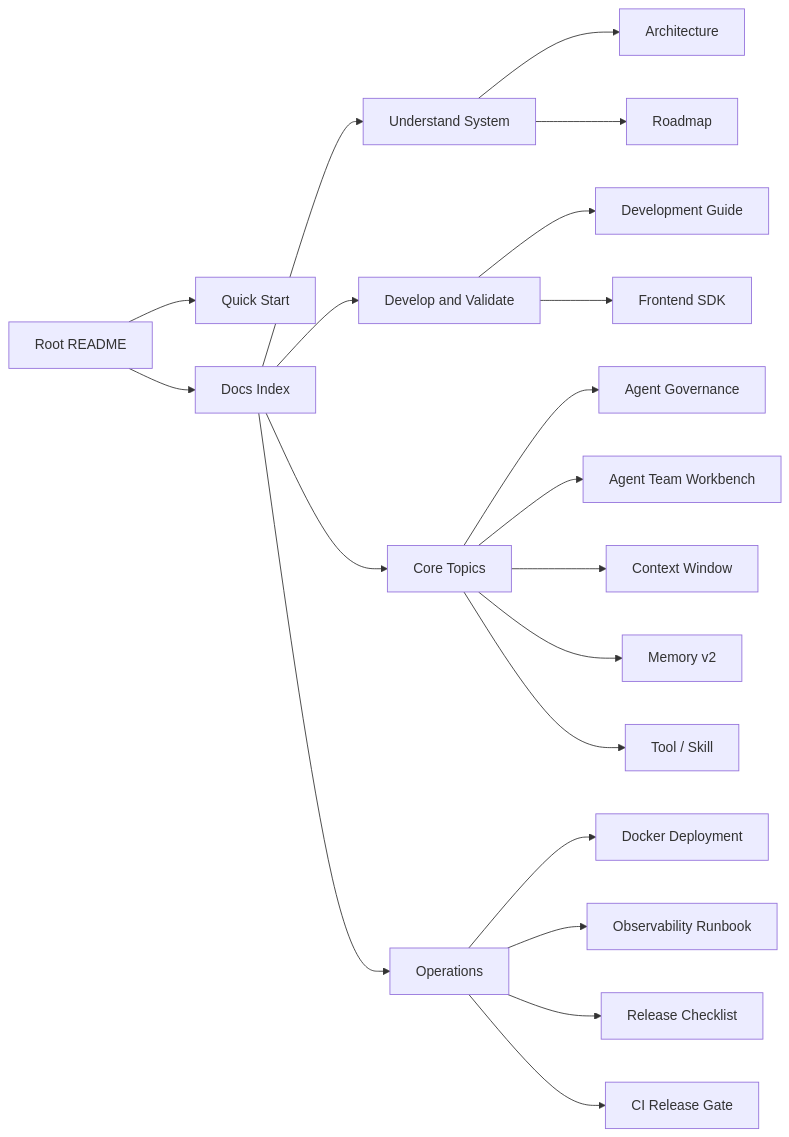
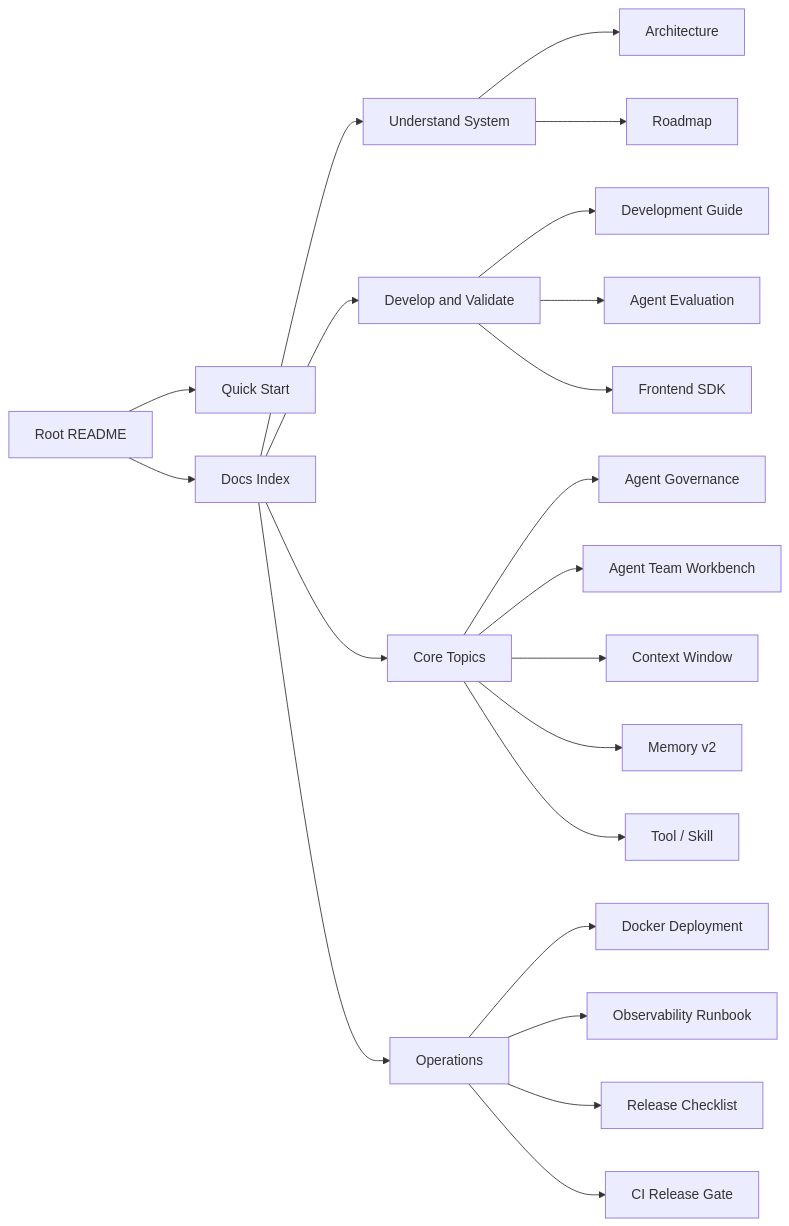
The diagram in docs/README.md (William-zgx/focus-agent), drawn with Mermaid before and after one commit. The commit also changed other lines of this file and 26 other files, not shown here.

Commit message:
Add multi-agent evaluation matrix

````diff
--- a/docs/README.md
+++ b/docs/README.md
@@ -9,22 +9,23 @@
 ```mermaid
 flowchart LR
     README["Root README"] --> Quick["Quick Start"]
     README --> Docs["Docs Index"]
     Docs --> Understand["Understand System"]
     Docs --> Develop["Develop and Validate"]
     Docs --> Topics["Core Topics"]
     Docs --> Ops["Operations"]
     Understand --> Architecture["Architecture"]
     Understand --> Roadmap["Roadmap"]
     Develop --> DevGuide["Development Guide"]
+    Develop --> EvalGuide["Agent Evaluation"]
     Develop --> SDK["Frontend SDK"]
     Topics --> Governance["Agent Governance"]
     Topics --> AgentTeam["Agent Team Workbench"]
     Topics --> ContextWindow["Context Window"]
     Topics --> Memory["Memory v2"]
     Topics --> Tools["Tool / Skill"]
     Ops --> Docker["Docker Deployment"]
     Ops --> Observability["Observability Runbook"]
     Ops --> Release["Release Checklist"]
     Ops --> CIGate["CI Release Gate"]
 ```
````
